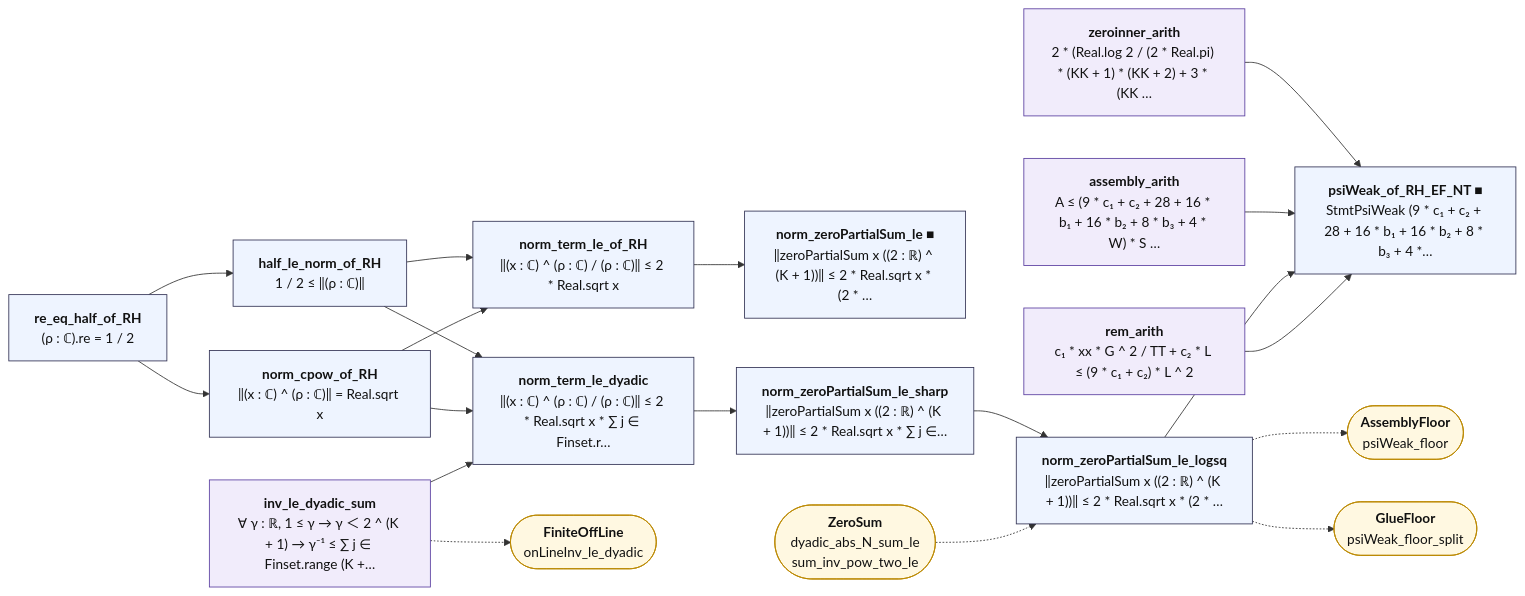
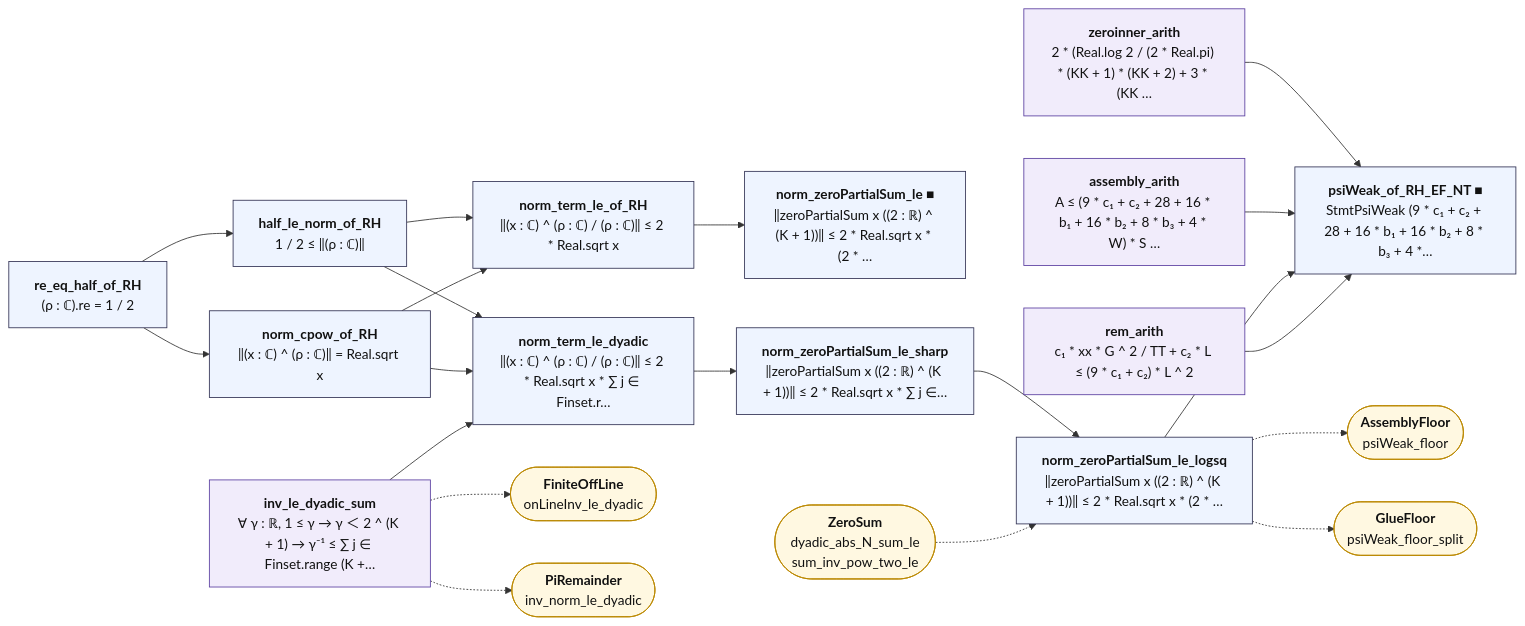
One commit to juliansambranojr/Primebeat_081426 changed the diagram in map/lean_stage3/Assembly.mmd. Above: the diagram before and after it, drawn with Mermaid. The commit also changed 35 other files, not shown here.

```diff
--- a/map/lean_stage3/Assembly.mmd
+++ b/map/lean_stage3/Assembly.mmd
@@ -1,44 +1,46 @@
 flowchart LR
   n0["<b>re_eq_half_of_RH</b><br/>(ρ : ℂ).re = 1 / 2"]:::thm
   n1["<b>half_le_norm_of_RH</b><br/>1 / 2 ≤ ‖(ρ : ℂ)‖"]:::thm
   n2["<b>norm_cpow_of_RH</b><br/>‖(x : ℂ) ^ (ρ : ℂ)‖ = Real.sqrt x"]:::thm
   n3["<b>norm_term_le_of_RH</b><br/>‖(x : ℂ) ^ (ρ : ℂ) / (ρ : ℂ)‖ ≤ 2 * Real.sqrt x"]:::thm
   n4["<b>norm_zeroPartialSum_le ■</b><br/>‖zeroPartialSum x ((2 : ℝ) ^ (K + 1))‖ ≤ 2 * Real.sqrt x * (2 * …"]:::thm
   n5["<b>inv_le_dyadic_sum</b><br/>∀ γ : ℝ, 1 ≤ γ → γ ＜ 2 ^ (K + 1) → γ⁻¹ ≤ ∑ j ∈ Finset.range (K +…"]:::shp
   n6["<b>norm_term_le_dyadic</b><br/>‖(x : ℂ) ^ (ρ : ℂ) / (ρ : ℂ)‖ ≤ 2 * Real.sqrt x * ∑ j ∈ Finset.r…"]:::thm
   n7["<b>norm_zeroPartialSum_le_sharp</b><br/>‖zeroPartialSum x ((2 : ℝ) ^ (K + 1))‖ ≤ 2 * Real.sqrt x * ∑ j ∈…"]:::thm
   n8["<b>norm_zeroPartialSum_le_logsq</b><br/>‖zeroPartialSum x ((2 : ℝ) ^ (K + 1))‖ ≤ 2 * Real.sqrt x * (2 * …"]:::thm
   n9["<b>rem_arith</b><br/>c₁ * xx * G ^ 2 / TT + c₂ * L ≤ (9 * c₁ + c₂) * L ^ 2"]:::shp
   n10["<b>zeroinner_arith</b><br/>2 * (Real.log 2 / (2 * Real.pi) * (KK + 1) * (KK + 2) + 3 * (KK …"]:::shp
   n11["<b>assembly_arith</b><br/>A ≤ (9 * c₁ + c₂ + 28 + 16 * b₁ + 16 * b₂ + 8 * b₃ + 4 * W) * S …"]:::shp
   n12["<b>psiWeak_of_RH_EF_NT ■</b><br/>StmtPsiWeak (9 * c₁ + c₂ + 28 + 16 * b₁ + 16 * b₂ + 8 * b₃ + 4 *…"]:::thm
   x0(["<b>FiniteOffLine</b><br/>onLineInv_le_dyadic"]):::ext
-  x1(["<b>ZeroSum</b><br/>dyadic_abs_N_sum_le<br/>sum_inv_pow_two_le"]):::ext
-  x2(["<b>AssemblyFloor</b><br/>psiWeak_floor"]):::ext
-  x3(["<b>GlueFloor</b><br/>psiWeak_floor_split"]):::ext
+  x1(["<b>PiRemainder</b><br/>inv_norm_le_dyadic"]):::ext
+  x2(["<b>ZeroSum</b><br/>dyadic_abs_N_sum_le<br/>sum_inv_pow_two_le"]):::ext
+  x3(["<b>AssemblyFloor</b><br/>psiWeak_floor"]):::ext
+  x4(["<b>GlueFloor</b><br/>psiWeak_floor_split"]):::ext
   n0 --> n1
   n0 --> n2
   n1 --> n3
   n1 --> n6
   n10 --> n12
   n11 --> n12
   n2 --> n3
   n2 --> n6
   n3 --> n4
   n5 --> n6
   n6 --> n7
   n7 --> n8
   n8 --> n12
   n9 --> n12
   n5 -.-> x0
-  n8 -.-> x2
+  n5 -.-> x1
   n8 -.-> x3
-  x1 -.-> n8
+  n8 -.-> x4
+  x2 -.-> n8
   classDef cnt fill:#dff5ec,stroke:#17694a,color:#111
   classDef shp fill:#f1ecfb,stroke:#5b3fa0,color:#111
   classDef rh fill:#ffe5e5,stroke:#c22,color:#111,stroke-width:2px
   classDef thm fill:#eef4ff,stroke:#335,color:#111
   classDef end_ fill:#e7f7e7,stroke:#2a7,color:#111,stroke-width:2px
   classDef lone fill:#fff,stroke:#999,color:#111,stroke-dasharray:4 3
   classDef bad fill:#ffe5e5,stroke:#c22,color:#111,stroke-width:2px
   classDef ext fill:#fff8e1,stroke:#b80,color:#111
```
